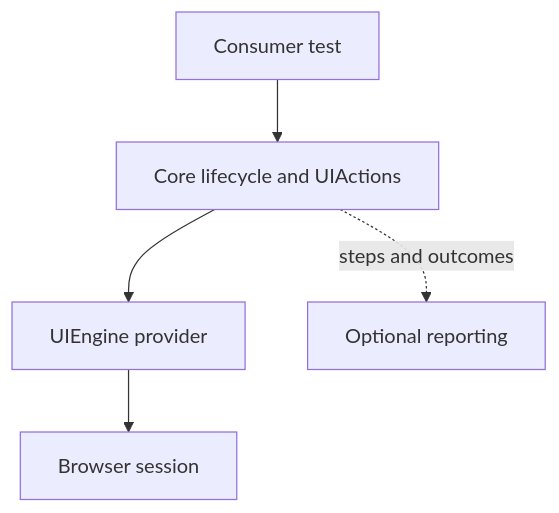
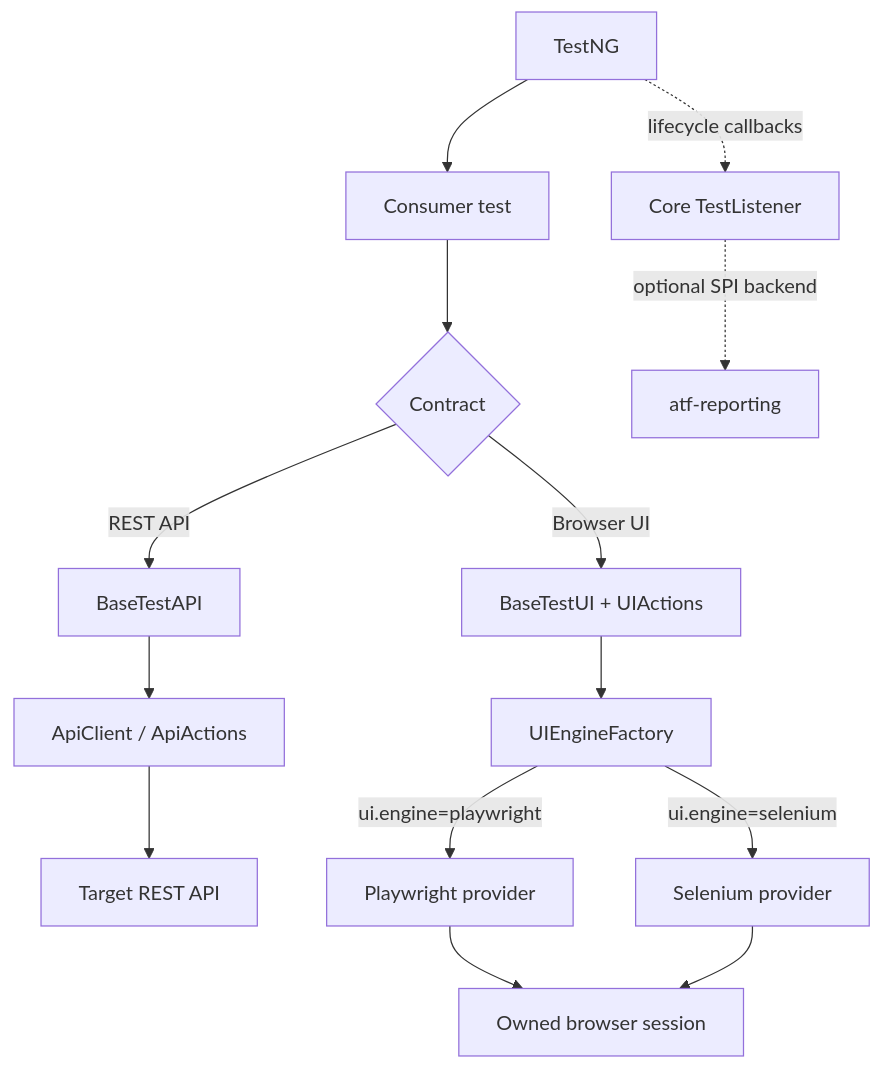
One commit to crististefanita/ATF_AI changed the second of 2 diagrams in README.md. Above: the diagram before and after it, drawn with Mermaid. The commit also changed other lines of this file and 10 other files, not shown here.

````diff
--- a/README.md
+++ b/README.md
@@ -47,7 +34,16 @@
 ```mermaid
 flowchart TB
-    Test["Consumer test"] --> Core["Core lifecycle and UIActions"]
-    Core --> Engine["UIEngine provider"]
-    Engine --> Browser["Browser session"]
-    Core -. steps and outcomes .-> Reports["Optional reporting"]
+    Runner["TestNG"] --> Test["Consumer test"]
+    Test --> Route{"Contract"}
+    Route -->|"REST API"| Api["BaseTestAPI"]
+    Api --> Client["ApiClient / ApiActions"]
+    Client --> Service["Target REST API"]
+    Route -->|"Browser UI"| Ui["BaseTestUI + UIActions"]
+    Ui --> Factory["UIEngineFactory"]
+    Factory -->|"ui.engine=playwright"| Playwright["Playwright provider"]
+    Factory -->|"ui.engine=selenium"| Selenium["Selenium provider"]
+    Playwright --> Browser["Owned browser session"]
+    Selenium --> Browser
+    Runner -. lifecycle callbacks .-> Listener["Core TestListener"]
+    Listener -. optional SPI backend .-> Reporting["atf-reporting"]
 ```
````
